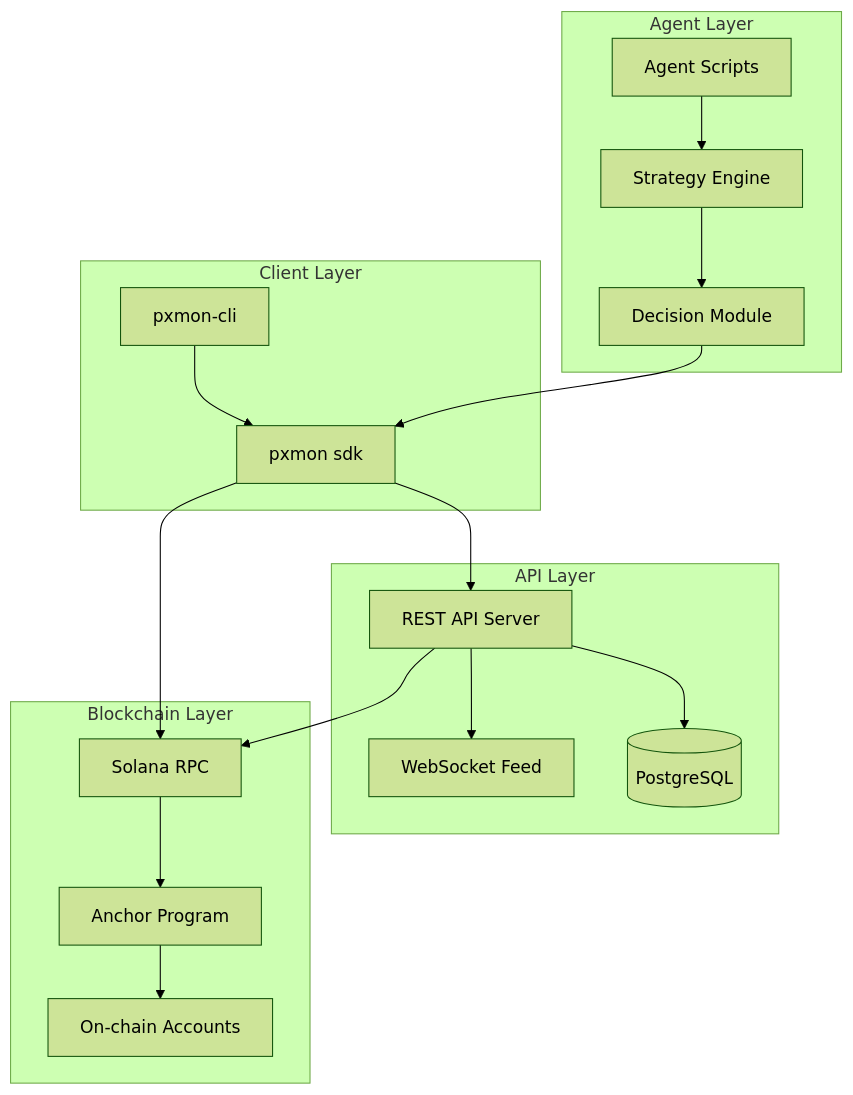
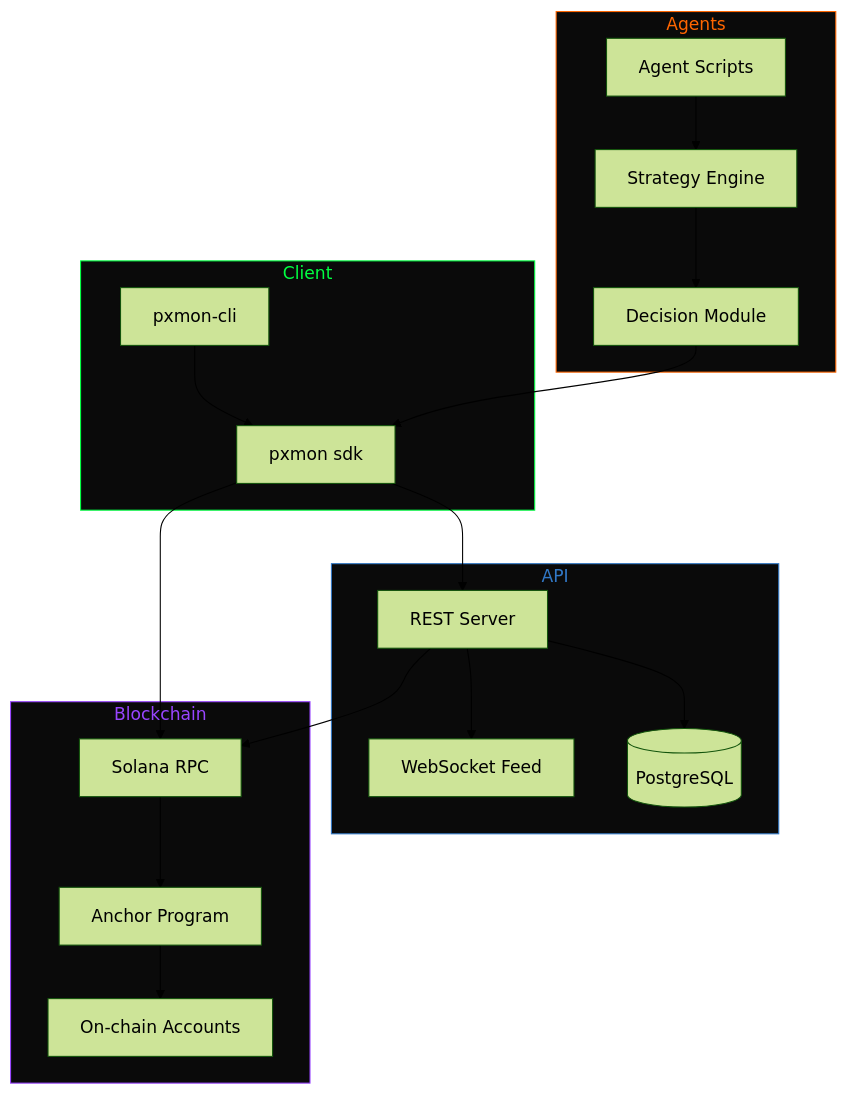
The diagram in README.md (pxmoncom/pxmon), drawn with Mermaid (forest theme) before and after one commit. The commit also changed other lines of this file, not shown here.

````diff
--- a/README.md
+++ b/README.md
@@ -21,36 +67,41 @@
 ```mermaid
 graph TB
-    subgraph Client Layer
+    subgraph Client
         CLI[pxmon-cli]
         SDK[pxmon sdk]
     end
 
-    subgraph Agent Layer
+    subgraph Agents
         AG[Agent Scripts]
         ST[Strategy Engine]
         DM[Decision Module]
     end
 
-    subgraph API Layer
-        API[REST API Server]
+    subgraph API
+        REST[REST Server]
         WS[WebSocket Feed]
         DB[(PostgreSQL)]
     end
 
-    subgraph Blockchain Layer
+    subgraph Blockchain
         PG[Anchor Program]
         SOL[Solana RPC]
         ACC[On-chain Accounts]
     end
 
     CLI --> SDK
     AG --> ST --> DM
     DM --> SDK
-    SDK --> API
-    API --> WS
-    API --> DB
+    SDK --> REST
+    REST --> WS
+    REST --> DB
     SDK --> SOL
-    API --> SOL
+    REST --> SOL
     SOL --> PG
     PG --> ACC
+
+    style Client fill:#0a0a0a,stroke:#00ff41,color:#00ff41
+    style Agents fill:#0a0a0a,stroke:#ff6600,color:#ff6600
+    style API fill:#0a0a0a,stroke:#3178C6,color:#3178C6
+    style Blockchain fill:#0a0a0a,stroke:#9945FF,color:#9945FF
 ```
````
